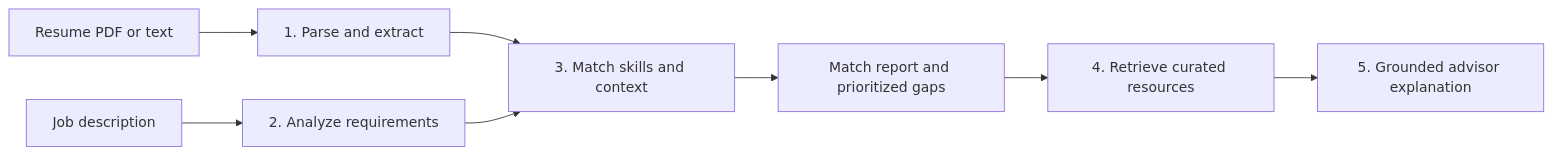
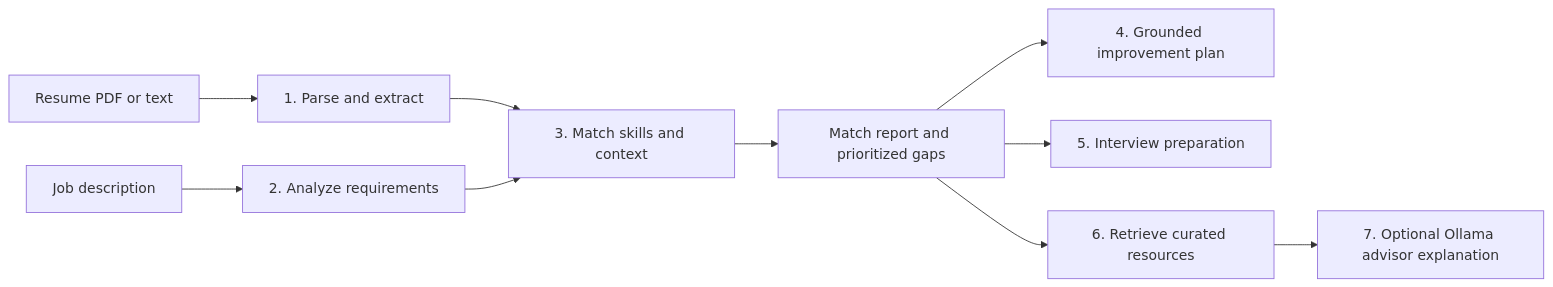
The diagram in README.md (krishna12498/ai-career-intelligence), drawn with Mermaid before and after one commit. The commit also changed other lines of this file, not shown here.

Commit message:
Document V2 career preparation workflow

````diff
--- a/README.md
+++ b/README.md
@@ -15,10 +15,12 @@
 ```mermaid
 flowchart LR
     A[Resume PDF or text] --> B[1. Parse and extract]
     C[Job description] --> D[2. Analyze requirements]
     B --> E[3. Match skills and context]
     D --> E
     E --> F[Match report and prioritized gaps]
-    F --> G[4. Retrieve curated resources]
-    G --> H[5. Grounded advisor explanation]
+    F --> G[4. Grounded improvement plan]
+    F --> H[5. Interview preparation]
+    F --> I[6. Retrieve curated resources]
+    I --> J[7. Optional Ollama advisor explanation]
 ```
````
